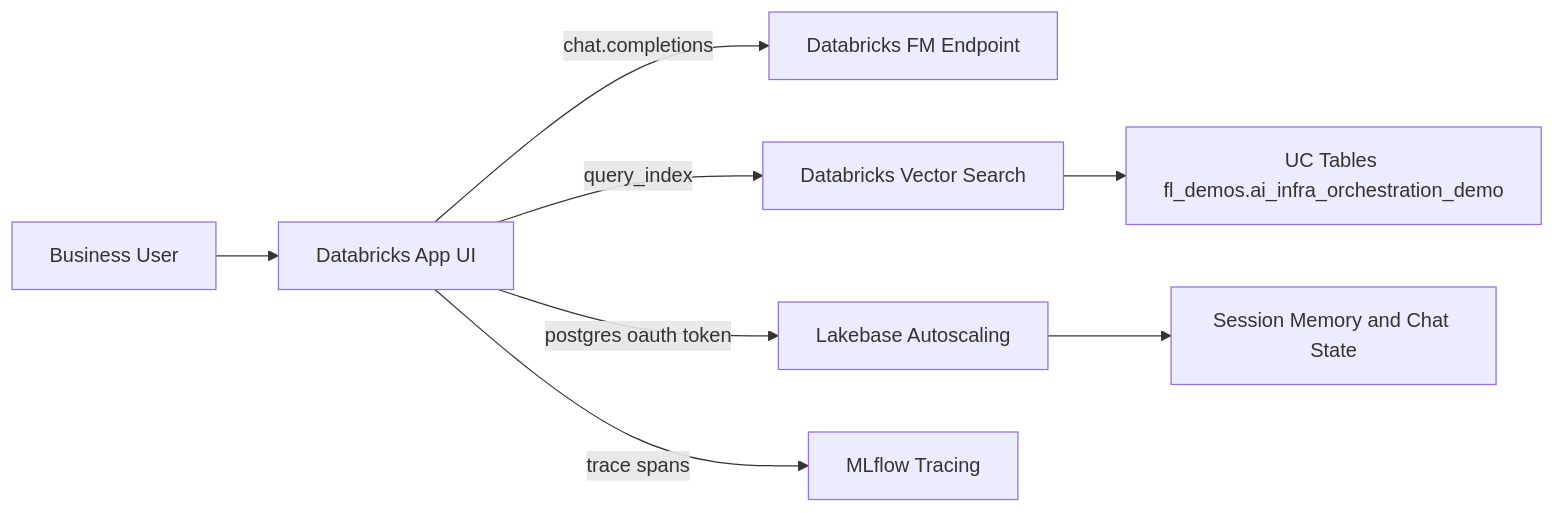
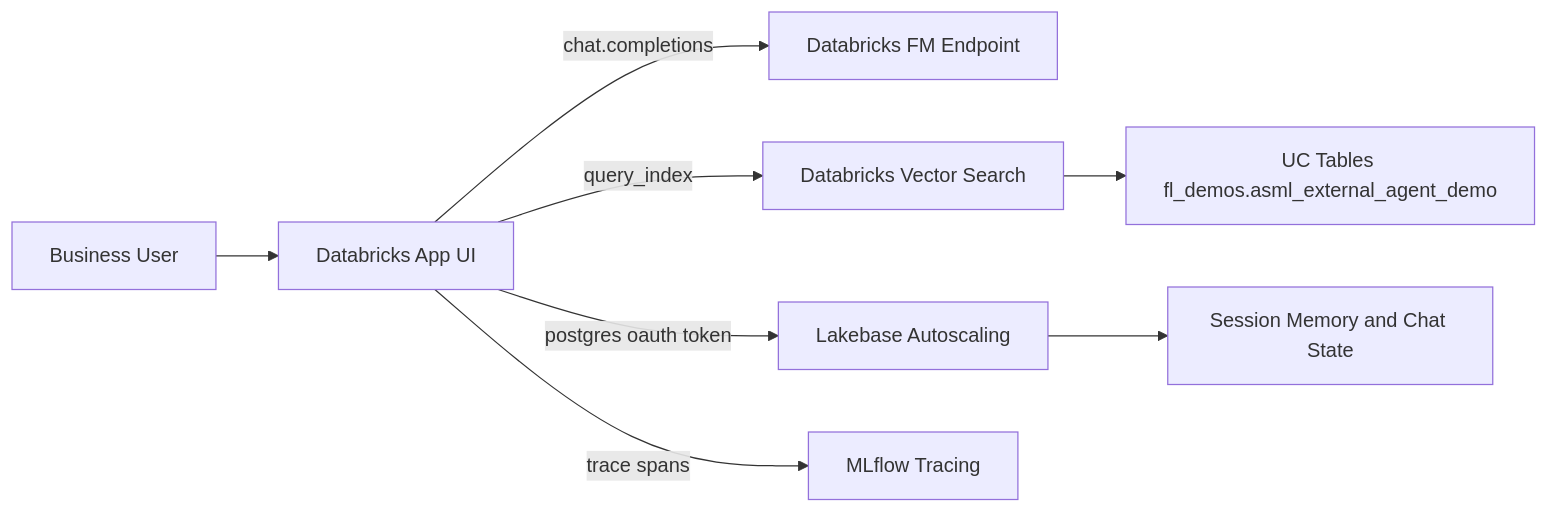
One commit to fabianlanz-db/AI_Infra_Orchestration changed the diagram in DEMO_DAY_PACKAGE.md. Above: the diagram before and after it, drawn with Mermaid. The commit also changed other lines of this file and 11 other files, not shown here.

````diff
--- a/DEMO_DAY_PACKAGE.md
+++ b/DEMO_DAY_PACKAGE.md
@@ -12,10 +12,10 @@
 ```mermaid
 flowchart LR
   User[Business User] --> AppUI[Databricks App UI]
   AppUI -->|chat.completions| FmEndpoint[Databricks FM Endpoint]
   AppUI -->|query_index| VectorSearch[Databricks Vector Search]
   AppUI -->|postgres oauth token| Lakebase[Lakebase Autoscaling]
   AppUI -->|trace spans| Mlflow[MLflow Tracing]
-  VectorSearch --> DeltaTables[UC Tables fl_demos.ai_infra_orchestration_demo]
+  VectorSearch --> DeltaTables[UC Tables fl_demos.asml_external_agent_demo]
   Lakebase --> SessionState[Session Memory and Chat State]
 ```
````
